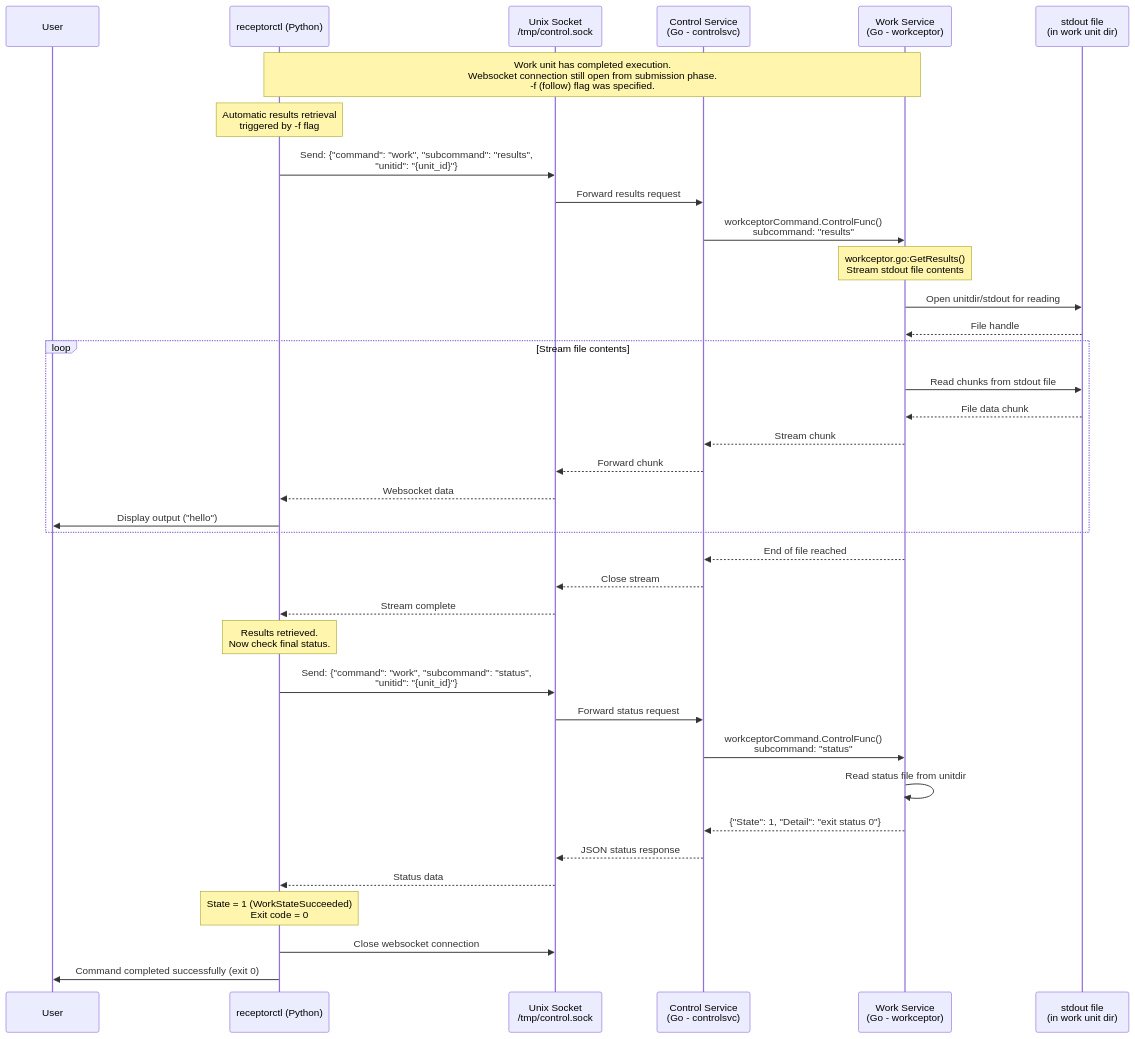
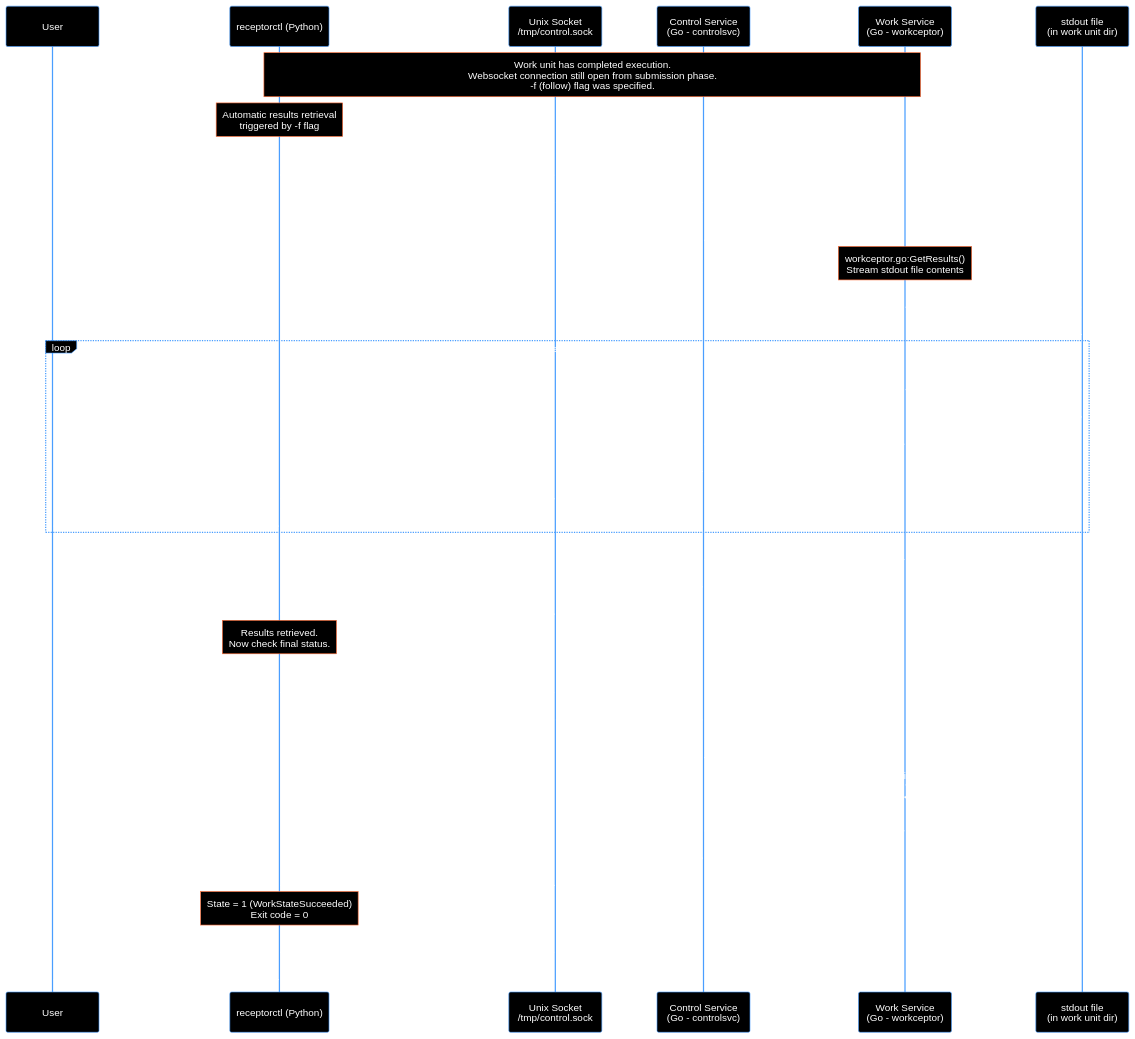
Before and after one commit to ansible/receptor: the second of 2 diagrams in docs/diagrams/receptor_work_submit_flow.md, drawn with Mermaid.

````diff
--- a/docs/diagrams/receptor_work_submit_flow.md
+++ b/docs/diagrams/receptor_work_submit_flow.md
@@ -112,52 +112,53 @@
 ```mermaid
+%%{init: {'theme':'base', 'themeVariables': { 'actorBkg':'#000000', 'actorBorder':'#4a9eff', 'actorTextColor':'#ffffff', 'actorLineColor':'#4a9eff', 'signalColor':'#ffffff', 'signalTextColor':'#ffffff', 'labelBoxBkgColor':'#000000', 'labelBoxBorderColor':'#4a9eff', 'labelTextColor':'#ffffff', 'loopTextColor':'#ffffff', 'noteBkgColor':'#000000', 'noteTextColor':'#ffffff', 'noteBorderColor':'#ff6b35', 'activationBkgColor':'#1a1a1a', 'activationBorderColor':'#4a9eff', 'sequenceNumberColor':'#000000'}}}%%
 sequenceDiagram
     participant User
     participant ReceptorCtl as receptorctl (Python)
     participant CtrlSocket as Unix Socket<br>/tmp/control.sock
     participant CtrlSvc as Control Service<br>(Go - controlsvc)
     participant WorkSvc as Work Service<br>(Go - workceptor)
     participant StdoutFile as stdout file<br>(in work unit dir)
 
     Note over ReceptorCtl, WorkSvc: Work unit has completed execution.<br>Websocket connection still open from submission phase.<br>-f (follow) flag was specified.
 
     Note over ReceptorCtl: Automatic results retrieval<br>triggered by -f flag
 
     ReceptorCtl->>CtrlSocket: Send: {"command": "work", "subcommand": "results",<br>"unitid": "{unit_id}"}
     CtrlSocket->>CtrlSvc: Forward results request
 
     CtrlSvc->>WorkSvc: workceptorCommand.ControlFunc()<br>subcommand: "results"
 
     Note over WorkSvc: workceptor.go:GetResults()<br>Stream stdout file contents
 
     WorkSvc->>StdoutFile: Open unitdir/stdout for reading
     StdoutFile-->>WorkSvc: File handle
 
     loop Stream file contents
         WorkSvc->>StdoutFile: Read chunks from stdout file
         StdoutFile-->>WorkSvc: File data chunk
         WorkSvc-->>CtrlSvc: Stream chunk
         CtrlSvc-->>CtrlSocket: Forward chunk
         CtrlSocket-->>ReceptorCtl: Websocket data
         ReceptorCtl->>User: Display output ("hello")
     end
 
     WorkSvc-->>CtrlSvc: End of file reached
     CtrlSvc-->>CtrlSocket: Close stream
     CtrlSocket-->>ReceptorCtl: Stream complete
 
     Note over ReceptorCtl: Results retrieved.<br>Now check final status.
 
     ReceptorCtl->>CtrlSocket: Send: {"command": "work", "subcommand": "status",<br>"unitid": "{unit_id}"}
     CtrlSocket->>CtrlSvc: Forward status request
     CtrlSvc->>WorkSvc: workceptorCommand.ControlFunc()<br>subcommand: "status"
 
     WorkSvc->>WorkSvc: Read status file from unitdir
     WorkSvc-->>CtrlSvc: {"State": 1, "Detail": "exit status 0"}
     CtrlSvc-->>CtrlSocket: JSON status response
     CtrlSocket-->>ReceptorCtl: Status data
 
     Note over ReceptorCtl: State = 1 (WorkStateSucceeded)<br>Exit code = 0
 
     ReceptorCtl->>CtrlSocket: Close websocket connection
     ReceptorCtl->>User: Command completed successfully (exit 0)
 ```
````
